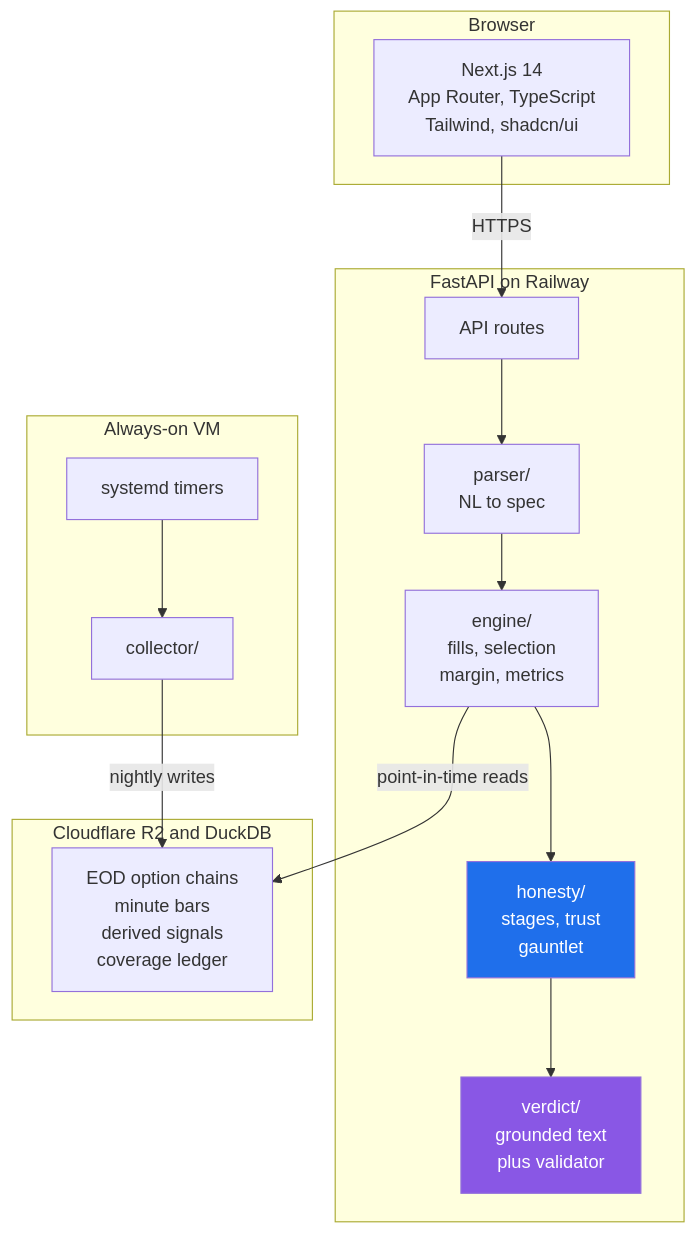
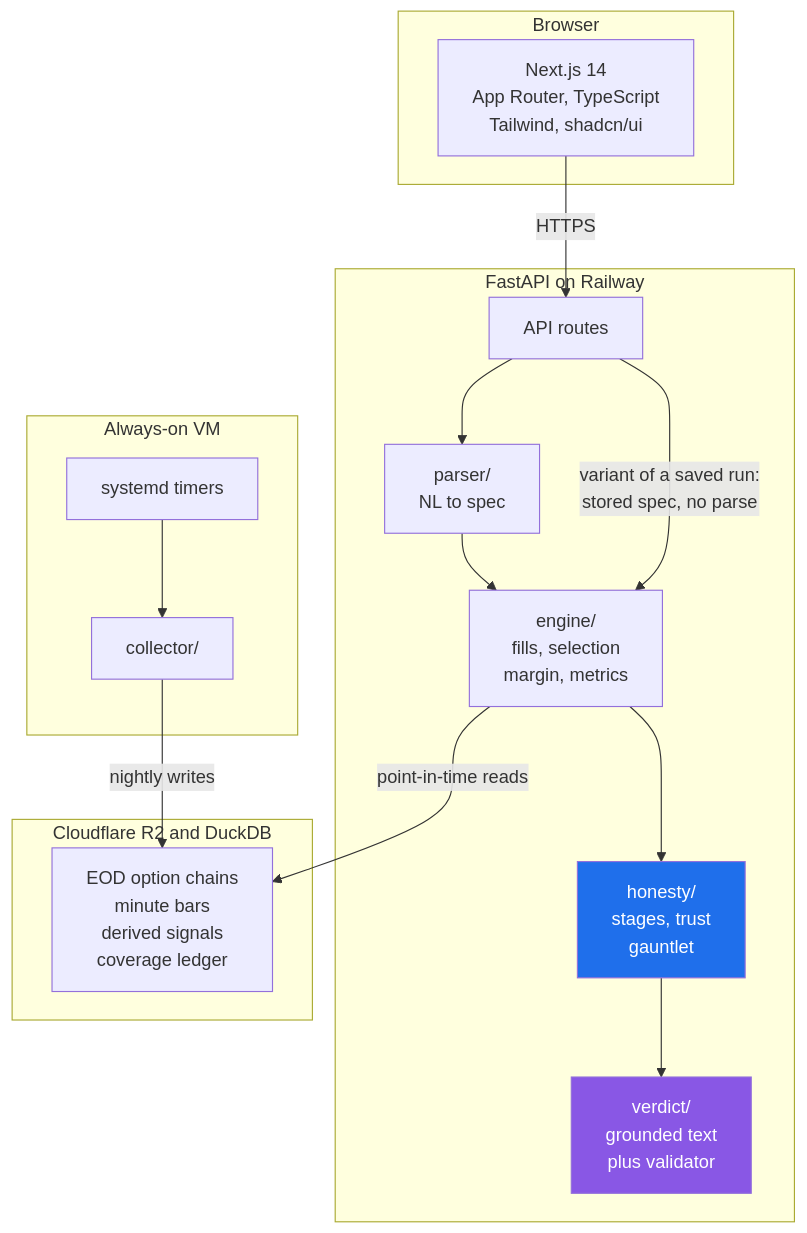
One commit to sahilsapra391/skeptic changed the third of 5 diagrams in README.md. Above: the diagram before and after it, drawn with Mermaid. The commit also changed other lines of this file and 3 other files, not shown here.

````diff
--- a/README.md
+++ b/README.md
@@ -106,35 +127,36 @@
 ```mermaid
 flowchart TB
     subgraph browser["Browser"]
         FE["Next.js 14<br/>App Router, TypeScript<br/>Tailwind, shadcn/ui"]
     end
 
     subgraph railway["FastAPI on Railway"]
         API["API routes"]
         PARSE["parser/<br/>NL to spec"]
         ENG["engine/<br/>fills, selection<br/>margin, metrics"]
         HON["honesty/<br/>stages, trust<br/>gauntlet"]
         VER["verdict/<br/>grounded text<br/>plus validator"]
     end
 
     subgraph store["Cloudflare R2 and DuckDB"]
         LAKE["EOD option chains<br/>minute bars<br/>derived signals<br/>coverage ledger"]
     end
 
     subgraph vm["Always-on VM"]
         TIMERS["systemd timers"]
         COLL["collector/"]
     end
 
     FE -->|"HTTPS"| API
     API --> PARSE
     PARSE --> ENG
+    API -->|"variant of a saved run:<br/>stored spec, no parse"| ENG
     ENG --> HON
     HON --> VER
     ENG -->|"point-in-time reads"| LAKE
     TIMERS --> COLL
     COLL -->|"nightly writes"| LAKE
 
     style HON fill:#1f6feb,color:#fff
     style VER fill:#8957e5,color:#fff
 ```
````
